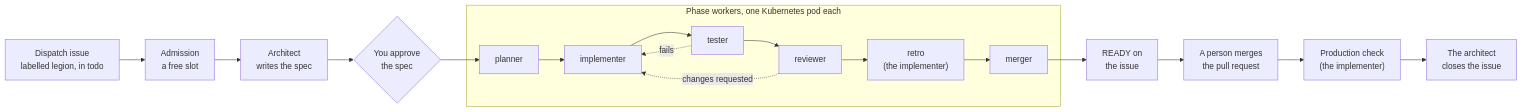
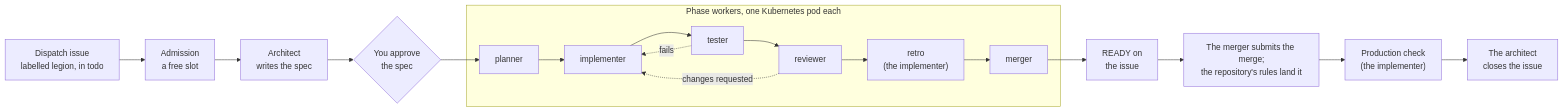
The diagram in docs/site/src/content/docs/legion/index.md (sjawhar/legion), drawn with Mermaid before and after one commit. The commit also changed other lines of this file and 18 other files, not shown here.

First line of the commit message:
feat(prompts): the merger submits the merge on READY's acceptance (gh pr merge --auto --squash --match-head-commit); the implementer disarms it after a withdrawn READY; nothing says Legion never merges (LEGION-631)

````diff
--- a/docs/site/src/content/docs/legion/index.md
+++ b/docs/site/src/content/docs/legion/index.md
@@ -24,20 +24,20 @@
 ```mermaid
 flowchart LR
   issue["Dispatch issue<br/>labelled legion, in todo"] --> admission["Admission<br/>a free slot"]
   admission --> architect["Architect<br/>writes the spec"]
   architect --> gate{"You approve<br/>the spec"}
   gate --> planner
   subgraph pods["Phase workers, one Kubernetes pod each"]
     planner --> implementer
     implementer --> tester
     tester --> reviewer
     reviewer --> retro["retro<br/>(the implementer)"]
     retro --> merger
     tester -. fails .-> implementer
     reviewer -. changes requested .-> implementer
   end
   merger --> ready["READY on<br/>the issue"]
-  ready --> merge["A person merges<br/>the pull request"]
+  ready --> merge["The merger submits the merge;<br/>the repository's rules land it"]
   merge --> production["Production check<br/>(the implementer)"]
   production --> done["The architect<br/>closes the issue"]
 ```
````
